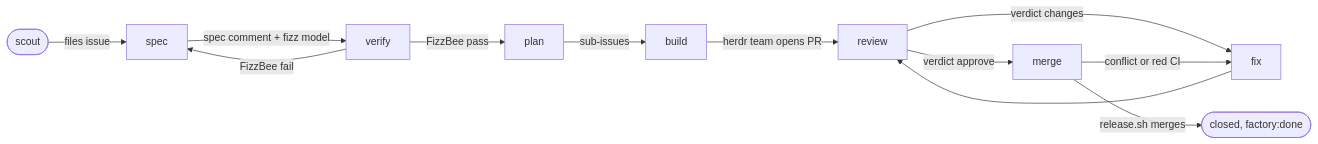
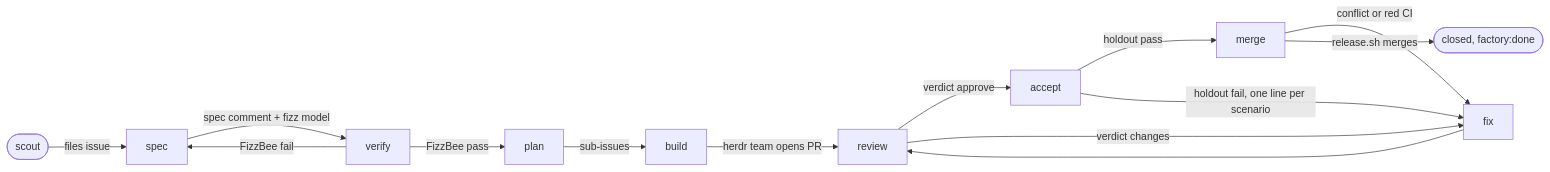
The diagram in docs/factory.md (GuitarWag/gcp-local), drawn with Mermaid before and after one commit. The commit also changed other lines of this file and 10 other files, not shown here.

First line of the commit message:
feat(factory): holdout acceptance stage between review and merge

````diff
--- a/docs/factory.md
+++ b/docs/factory.md
@@ -15,14 +15,16 @@
 ```mermaid
 flowchart LR
   scout([scout]) -->|files issue| spec
   spec -->|spec comment + fizz model| verify
   verify -->|FizzBee pass| plan
   verify -->|FizzBee fail| spec
   plan -->|sub-issues| build
   build -->|herdr team opens PR| review
-  review -->|verdict approve| merge
+  review -->|verdict approve| accept
+  accept -->|holdout pass| merge
+  accept -->|holdout fail, one line per scenario| fix
   review -->|verdict changes| fix
   fix --> review
   merge -->|conflict or red CI| fix
   merge -->|release.sh merges| done([closed, factory:done])
 ```
````
